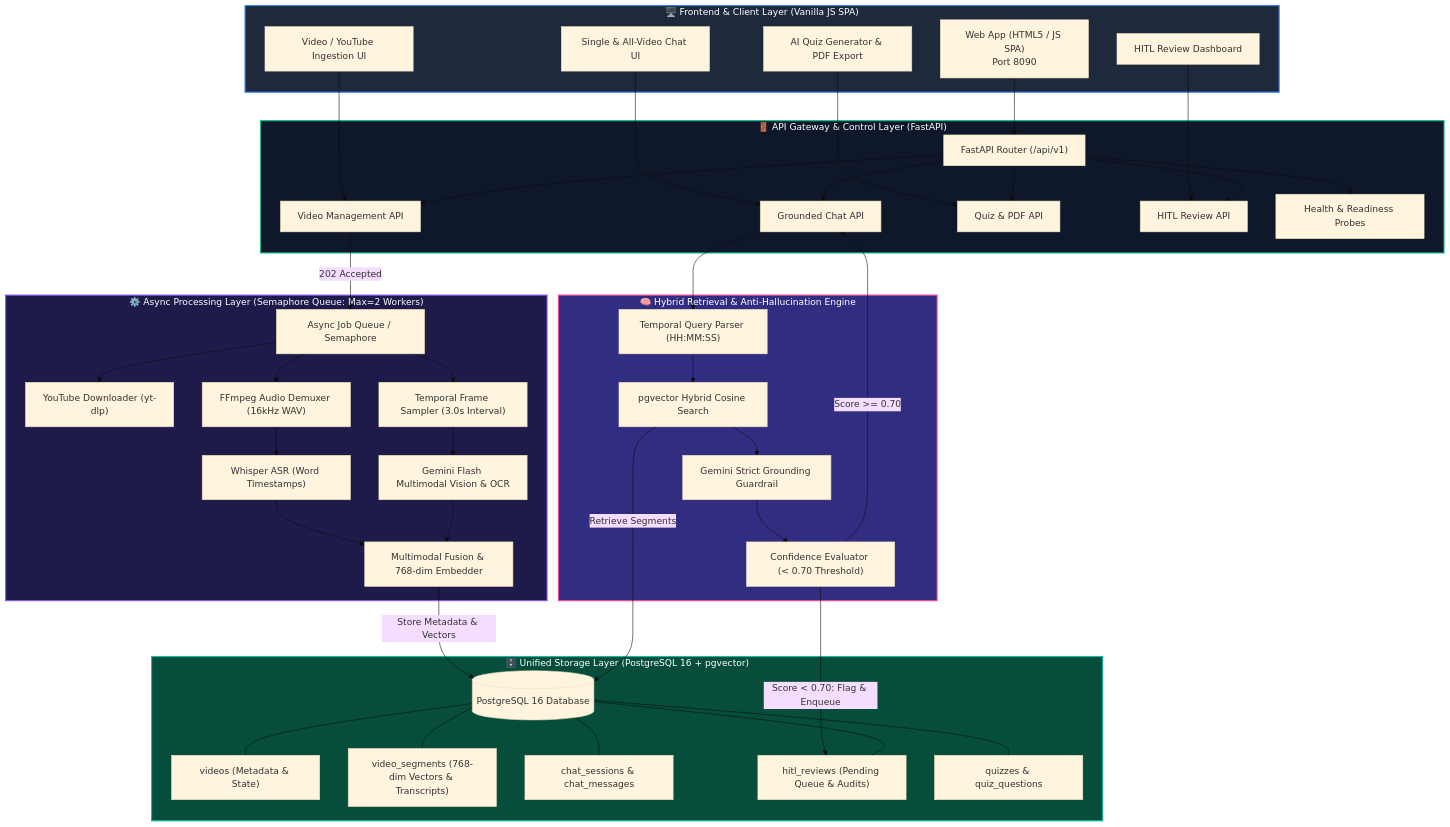
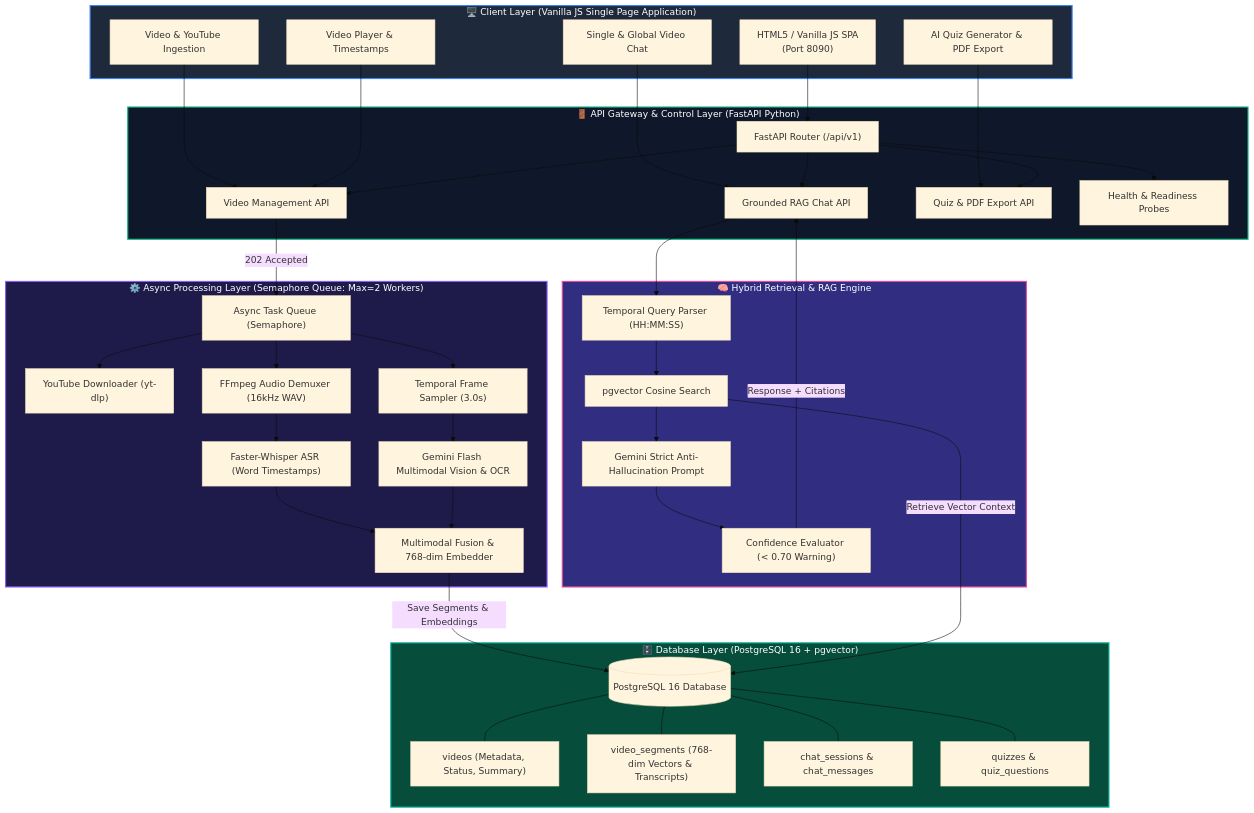
One commit to Priy0704/AI_VIDEO_ANALYSER changed the first of 4 diagrams in ARCHITECTURE.md. Above: the diagram before and after it, drawn with Mermaid (base theme). The commit also changed other lines of this file, not shown here.

Commit message:
fix: refine architecture Mermaid diagrams to match exact codebase (Vanilla JS SPA, FastAPI, PostgreSQL, no HITL dashboard)

````diff
--- a/ARCHITECTURE.md
+++ b/ARCHITECTURE.md
@@ -17,63 +20,60 @@
 ```mermaid
 graph TB
-    subgraph ClientLayer["🖥️ Frontend & Client Layer (Vanilla JS SPA)"]
-        UI["Web App (HTML5 / JS SPA)<br/>Port 8090"]
-        UploadComp["Video / YouTube Ingestion UI"]
-        ChatComp["Single & All-Video Chat UI"]
-        QuizComp["AI Quiz Generator & PDF Export"]
-        HITLComp["HITL Review Dashboard"]
+    subgraph ClientLayer["🖥️ Client Layer (Vanilla JS Single Page Application)"]
+        UI["HTML5 / Vanilla JS SPA<br/>(Port 8090)"]
+        IngestUI["Video & YouTube Ingestion"]
+        PlayerUI["Video Player & Timestamps"]
+        ChatUI["Single & Global Video Chat"]
+        QuizUI["AI Quiz Generator & PDF Export"]
     end
 
-    subgraph GatewayLayer["🚪 API Gateway & Control Layer (FastAPI)"]
+    subgraph GatewayLayer["🚪 API Gateway & Control Layer (FastAPI Python)"]
         Router["FastAPI Router (/api/v1)"]
         VideoAPI["Video Management API"]
-        ChatAPI["Grounded Chat API"]
-        QuizAPI["Quiz & PDF API"]
-        HITLAPI["HITL Review API"]
+        ChatAPI["Grounded RAG Chat API"]
+        QuizAPI["Quiz & PDF Export API"]
         HealthAPI["Health & Readiness Probes"]
     end
 
     subgraph AsyncWorkerLayer["⚙️ Async Processing Layer (Semaphore Queue: Max=2 Workers)"]
-        Queue["Async Job Queue / Semaphore"]
+        Queue["Async Task Queue (Semaphore)"]
         YTDL["YouTube Downloader (yt-dlp)"]
         AudioDemux["FFmpeg Audio Demuxer (16kHz WAV)"]
-        ASR["Whisper ASR (Word Timestamps)"]
-        Sampler["Temporal Frame Sampler (3.0s Interval)"]
+        ASR["Faster-Whisper ASR (Word Timestamps)"]
+        Sampler["Temporal Frame Sampler (3.0s)"]
         VisionOCR["Gemini Flash Multimodal Vision & OCR"]
         Fusion["Multimodal Fusion & 768-dim Embedder"]
     end
 
-    subgraph CoreEngineLayer["🧠 Hybrid Retrieval & Anti-Hallucination Engine"]
+    subgraph CoreEngineLayer["🧠 Hybrid Retrieval & RAG Engine"]
         Parser["Temporal Query Parser (HH:MM:SS)"]
-        pgVectorEngine["pgvector Hybrid Cosine Search"]
-        GroundingGuard["Gemini Strict Grounding Guardrail"]
-        ConfidenceEval["Confidence Evaluator (< 0.70 Threshold)"]
+        pgVectorEngine["pgvector Cosine Search"]
+        GroundingGuard["Gemini Strict Anti-Hallucination Prompt"]
+        ConfidenceEval["Confidence Evaluator (< 0.70 Warning)"]
     end
 
-    subgraph StorageLayer["🗄️ Unified Storage Layer (PostgreSQL 16 + pgvector)"]
+    subgraph StorageLayer["🗄️ Database Layer (PostgreSQL 16 + pgvector)"]
         DB[(PostgreSQL 16 Database)]
-        tbl_videos["videos (Metadata & State)"]
+        tbl_videos["videos (Metadata, Status, Summary)"]
         tbl_segments["video_segments (768-dim Vectors & Transcripts)"]
         tbl_chat["chat_sessions & chat_messages"]
-        tbl_hitl["hitl_reviews (Pending Queue & Audits)"]
         tbl_quiz["quizzes & quiz_questions"]
     end
 
-    %% Client to Gateway
+    %% Client to Gateway Connections
     UI --> Router
-    UploadComp --> VideoAPI
-    ChatComp --> ChatAPI
-    QuizComp --> QuizAPI
-    HITLComp --> HITLAPI
+    IngestUI --> VideoAPI
+    PlayerUI --> VideoAPI
+    ChatUI --> ChatAPI
+    QuizUI --> QuizAPI
 
     %% Gateway Routing
     Router --> VideoAPI
     Router --> ChatAPI
     Router --> QuizAPI
-    Router --> HITLAPI
     Router --> HealthAPI
 
-    %% Ingestion Pipeline
+    %% Ingestion Workflow
     VideoAPI -->|202 Accepted| Queue
     Queue --> YTDL
     Queue --> AudioDemux
@@ -81,22 +81,20 @@
     Queue --> Sampler
     Sampler --> VisionOCR
     ASR & VisionOCR --> Fusion
-    Fusion -->|Store Metadata & Vectors| DB
+    Fusion -->|Save Segments & Embeddings| DB
 
-    %% Chat & RAG Pipeline
+    %% Chat & RAG Workflow
     ChatAPI --> Parser
     Parser --> pgVectorEngine
-    pgVectorEngine -->|Retrieve Segments| DB
+    pgVectorEngine -->|Retrieve Vector Context| DB
     pgVectorEngine --> GroundingGuard
     GroundingGuard --> ConfidenceEval
-    ConfidenceEval -->|Score >= 0.70| ChatAPI
-    ConfidenceEval -->|Score < 0.70: Flag & Enqueue| tbl_hitl
+    ConfidenceEval -->|Response + Citations| ChatAPI
 
-    %% DB Structure
+    %% Database Entities
     DB --- tbl_videos
     DB --- tbl_segments
     DB --- tbl_chat
-    DB --- tbl_hitl
     DB --- tbl_quiz
 
     style ClientLayer fill:#1e293b,stroke:#3b82f6,stroke-width:2px,color:#fff
````
